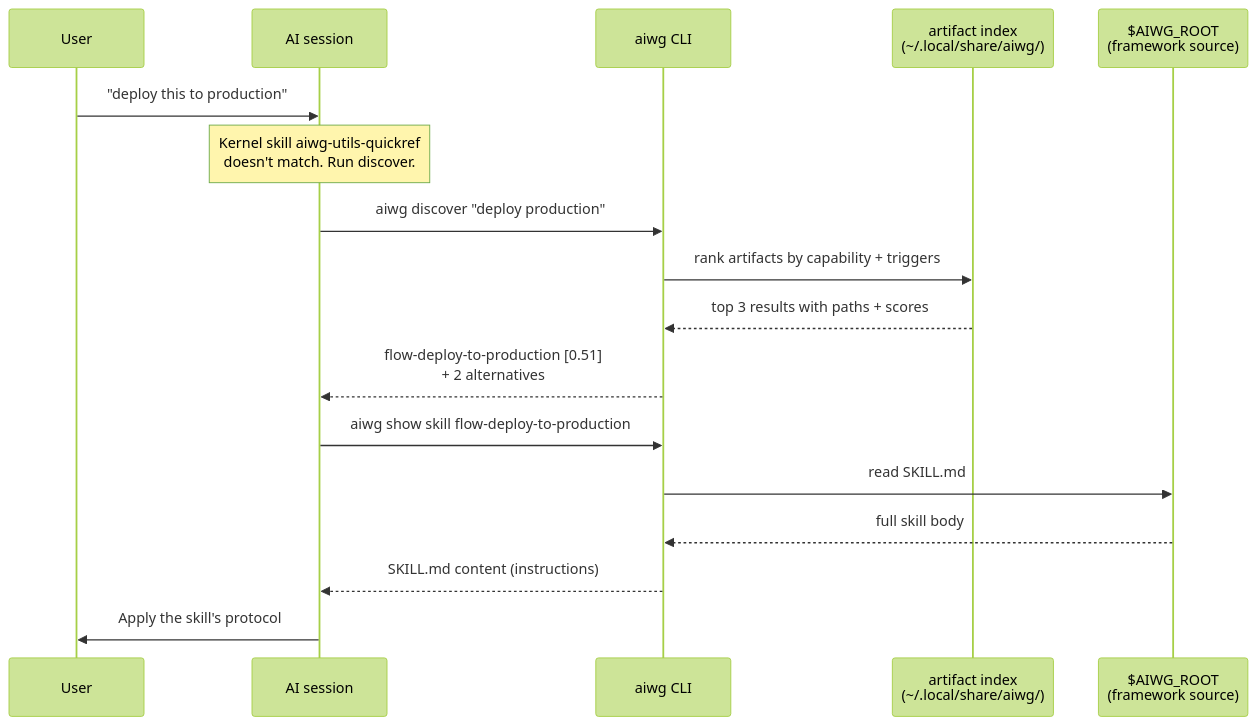
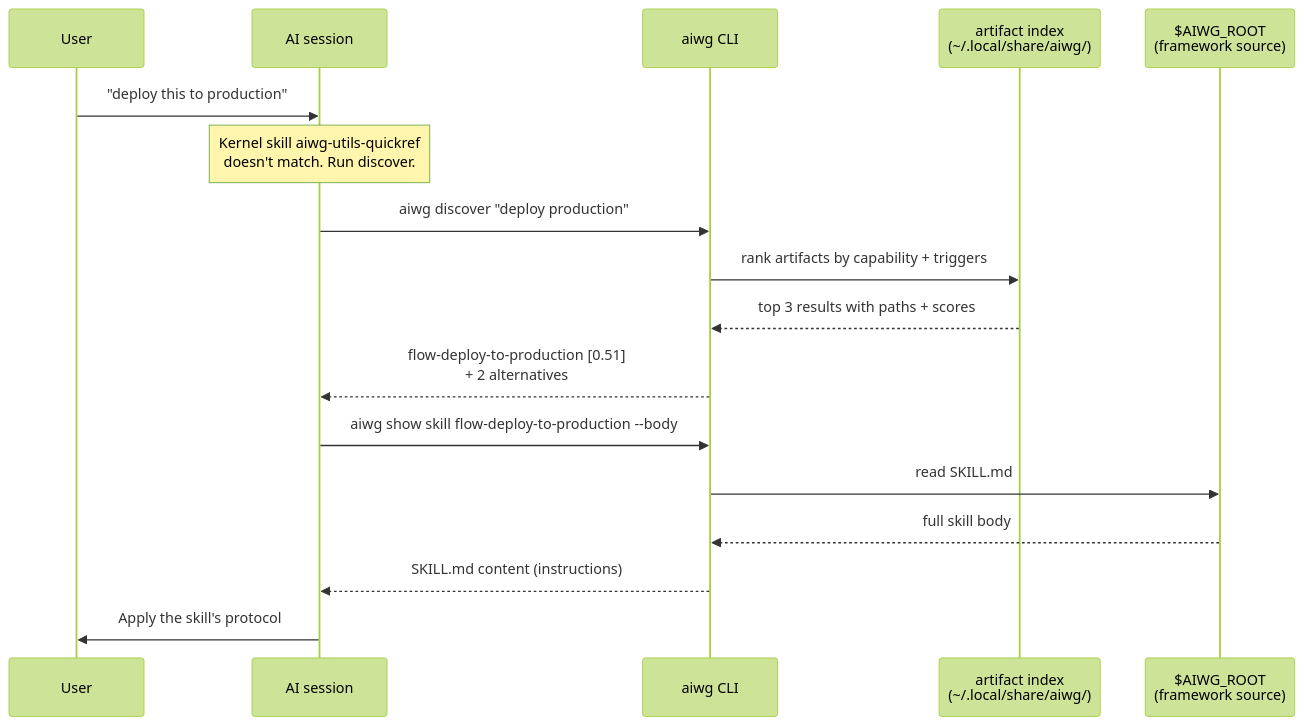
Before and after one commit to ChronodeAi/aiwg: the second of 2 diagrams in docs/cli/capability-routing.md, drawn with Mermaid (forest theme). The commit also changed other lines of this file and 245 other files, not shown here.

First line of the commit message:
feat(discovery): aiwg show returns a metadata card by default

````diff
--- a/docs/cli/capability-routing.md
+++ b/docs/cli/capability-routing.md
@@ -139,20 +143,20 @@
 ```mermaid
 sequenceDiagram
   participant User
   participant Agent as AI session
   participant CLI as aiwg CLI
   participant Index as artifact index<br/>(~/.local/share/aiwg/)
   participant FS as $AIWG_ROOT<br/>(framework source)
 
   User->>Agent: "deploy this to production"
   Note over Agent: Kernel skill aiwg-utils-quickref<br/>doesn't match. Run discover.
   Agent->>CLI: aiwg discover "deploy production"
   CLI->>Index: rank artifacts by capability + triggers
   Index-->>CLI: top 3 results with paths + scores
   CLI-->>Agent: flow-deploy-to-production [0.51]<br/>+ 2 alternatives
-  Agent->>CLI: aiwg show skill flow-deploy-to-production
+  Agent->>CLI: aiwg show skill flow-deploy-to-production --body
   CLI->>FS: read SKILL.md
   FS-->>CLI: full skill body
   CLI-->>Agent: SKILL.md content (instructions)
   Agent->>User: Apply the skill's protocol
 ```
````
